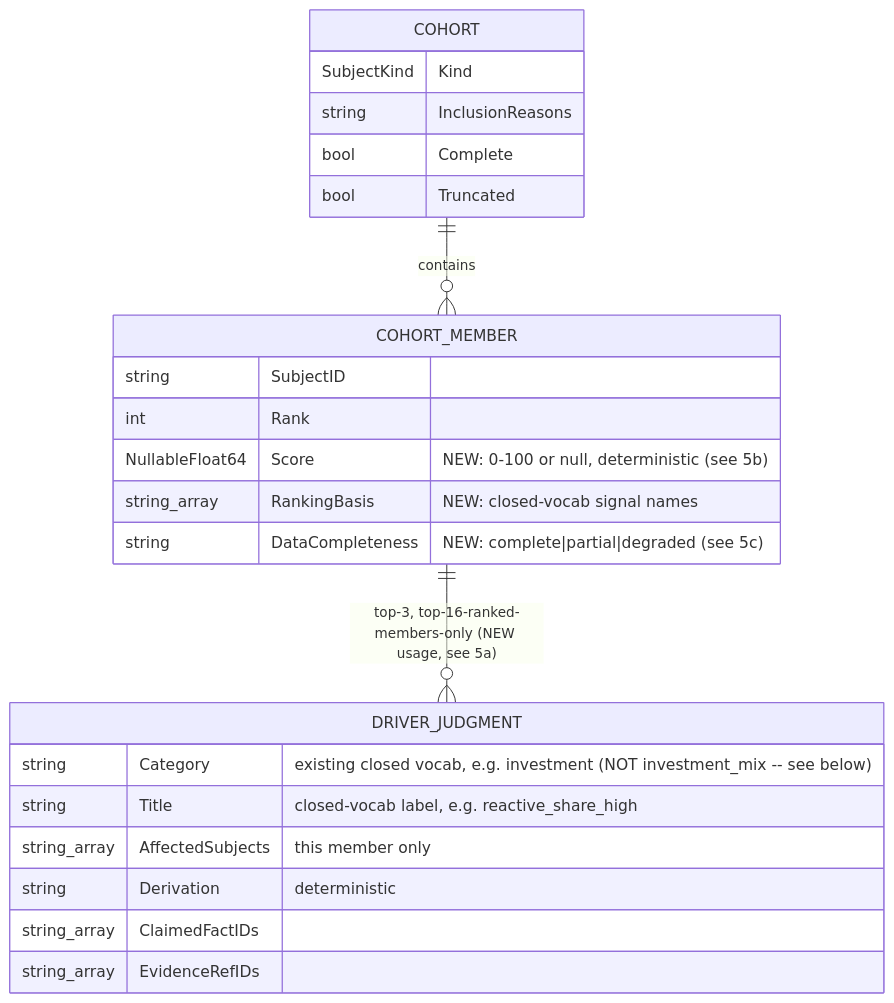
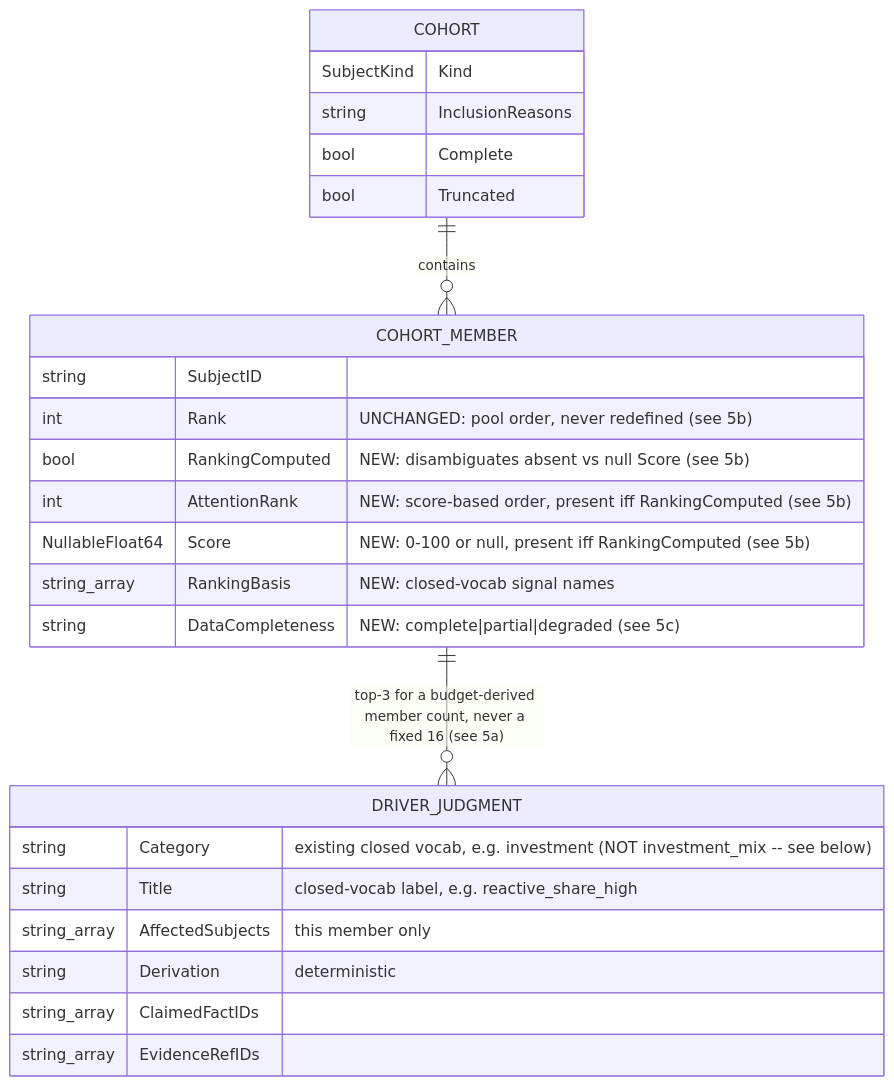
Before and after one commit to full-chaos/dev-health-acr: the second of 2 diagrams in docs/design/context-fabric-subject-model-and-cohort-answers.md, drawn with Mermaid. The commit also changed other lines of this file and 1 other file, not shown here.

Commit message:
docs: fix cohort design round 3 per codex (global driver budget, fact requirement injection, per-member availability, multi-scope aggregation, Rank vs AttentionRank, null-vs-omit encoding, census in-flight)

````diff
--- a/docs/design/context-fabric-subject-model-and-cohort-answers.md
+++ b/docs/design/context-fabric-subject-model-and-cohort-answers.md
@@ -143,26 +164,28 @@
 ```mermaid
 erDiagram
     COHORT ||--o{ COHORT_MEMBER : contains
     COHORT {
         SubjectKind Kind
         string InclusionReasons
         bool Complete
         bool Truncated
     }
     COHORT_MEMBER {
         string SubjectID
-        int Rank
-        NullableFloat64 Score "NEW: 0-100 or null, deterministic (see 5b)"
+        int Rank "UNCHANGED: pool order, never redefined (see 5b)"
+        bool RankingComputed "NEW: disambiguates absent vs null Score (see 5b)"
+        int AttentionRank "NEW: score-based order, present iff RankingComputed (see 5b)"
+        NullableFloat64 Score "NEW: 0-100 or null, present iff RankingComputed (see 5b)"
         string_array RankingBasis "NEW: closed-vocab signal names"
         string DataCompleteness "NEW: complete|partial|degraded (see 5c)"
     }
-    COHORT_MEMBER ||--o{ DRIVER_JUDGMENT : "top-3, top-16-ranked-members-only (NEW usage, see 5a)"
+    COHORT_MEMBER ||--o{ DRIVER_JUDGMENT : "top-3 for a budget-derived member count, never a fixed 16 (see 5a)"
     DRIVER_JUDGMENT {
         string Category "existing closed vocab, e.g. investment (NOT investment_mix -- see below)"
         string Title "closed-vocab label, e.g. reactive_share_high"
         string_array AffectedSubjects "this member only"
         string Derivation "deterministic"
         string_array ClaimedFactIDs
         string_array EvidenceRefIDs
     }
 ```
````
